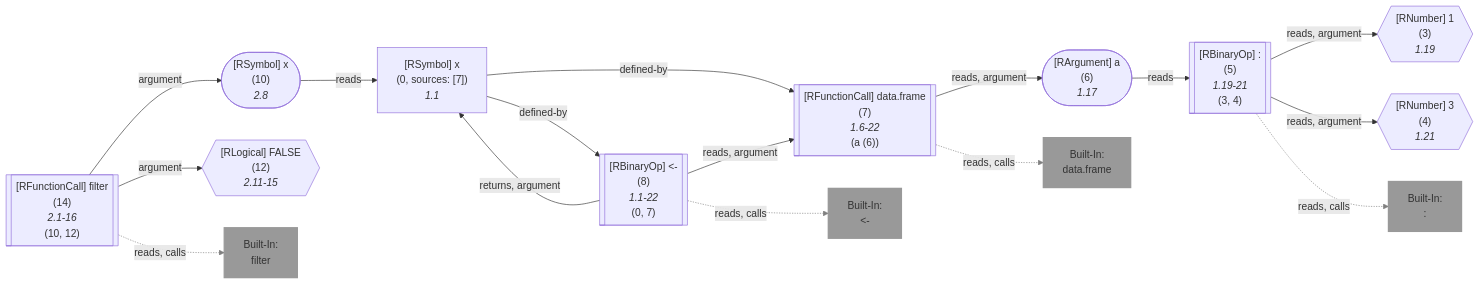
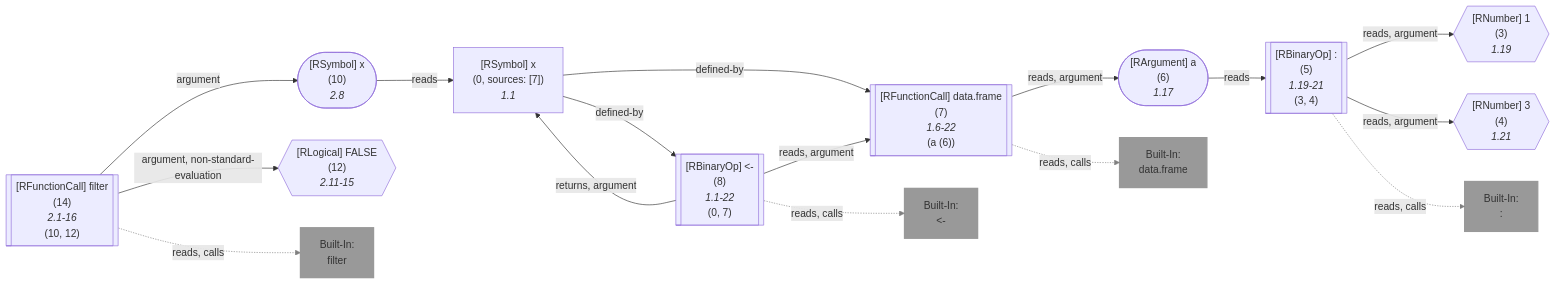
Before and after one commit to flowr-analysis/flowr: the eighth of 21 diagrams in wiki/Query API.md, drawn with Mermaid. The commit also changed other lines of this file and 41 other files, not shown here.

````diff
--- a/wiki/Query API.md
+++ b/wiki/Query API.md
@@ -3408,71 +3408,71 @@
 ```mermaid
 flowchart LR
     3{{"`#91;RNumber#93; 1
       (3)
       *1.19*`"}}
    %% No edges found for 3
     4{{"`#91;RNumber#93; 3
       (4)
       *1.21*`"}}
    %% No edges found for 4
     5[["`#91;RBinaryOp#93; #58;
       (5)
       *1.19-21*
     (3, 4)`"]]
     built-in::["`Built-In:
 #58;`"]
     style built-in:: stroke:gray,fill:gray,stroke-width:2px,opacity:.8;
     6(["`#91;RArgument#93; a
       (6)
       *1.17*`"])
     7[["`#91;RFunctionCall#93; data.frame
       (7)
       *1.6-22*
     (a (6))`"]]
     built-in:data_frame["`Built-In:
 data.frame`"]
     style built-in:data_frame stroke:gray,fill:gray,stroke-width:2px,opacity:.8;
     0["`#91;RSymbol#93; x
       (0, sources: [7])
       *1.1*`"]
     8[["`#91;RBinaryOp#93; #60;#45;
       (8)
       *1.1-22*
     (0, 7)`"]]
     built-in:_-["`Built-In:
 #60;#45;`"]
     style built-in:_- stroke:gray,fill:gray,stroke-width:2px,opacity:.8;
     10(["`#91;RSymbol#93; x
       (10)
       *2.8*`"])
     12{{"`#91;RLogical#93; FALSE
       (12)
       *2.11-15*`"}}
    %% No edges found for 12
     14[["`#91;RFunctionCall#93; filter
       (14)
       *2.1-16*
     (10, 12)`"]]
     built-in:filter["`Built-In:
 filter`"]
     style built-in:filter stroke:gray,fill:gray,stroke-width:2px,opacity:.8;
     5 -->|"reads, argument"| 3
     5 -->|"reads, argument"| 4
     5 -.->|"reads, calls"| built-in::
     linkStyle 2 stroke:gray;
     6 -->|"reads"| 5
     7 -->|"reads, argument"| 6
     7 -.->|"reads, calls"| built-in:data_frame
     linkStyle 5 stroke:gray;
     0 -->|"defined-by"| 7
     0 -->|"defined-by"| 8
     8 -->|"reads, argument"| 7
     8 -->|"returns, argument"| 0
     8 -.->|"reads, calls"| built-in:_-
     linkStyle 10 stroke:gray;
     10 -->|"reads"| 0
     14 -->|"argument"| 10
-    14 -->|"argument"| 12
+    14 -->|"argument, non-standard-evaluation"| 12
     14 -.->|"reads, calls"| built-in:filter
     linkStyle 14 stroke:gray;
 ```
````
